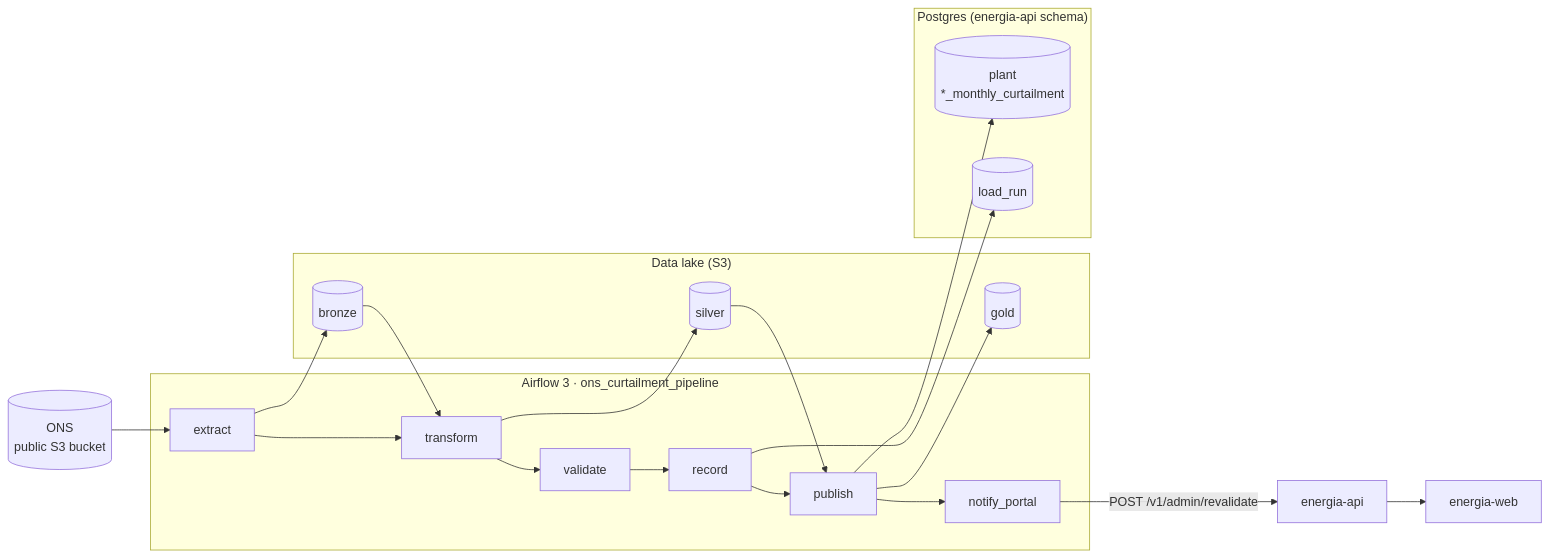
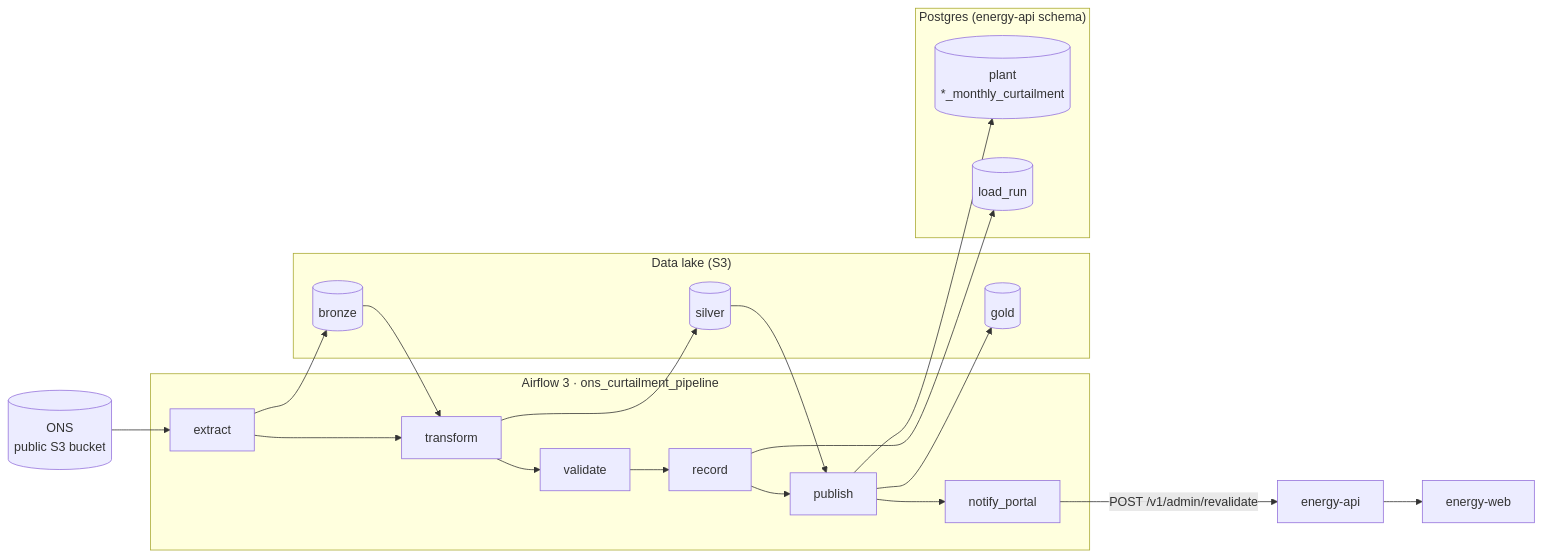
Before and after one commit to LeonardoMatos07/energia-data: the diagram in README.md, drawn with Mermaid. The commit also changed other lines of this file and 4 other files, not shown here.

First line of the commit message:
Rename repository references from energia-* to energy-*

````diff
--- a/README.md
+++ b/README.md
@@ -25,21 +25,21 @@
 ```mermaid
 flowchart LR
     ONS[("ONS<br/>public S3 bucket")]
     subgraph Airflow["Airflow 3 · ons_curtailment_pipeline"]
         E[extract] --> T[transform] --> V[validate] --> R[record]
         R --> P[publish] --> N[notify_portal]
     end
     subgraph Lake["Data lake (S3)"]
         B[(bronze)]
         S[(silver)]
         G[(gold)]
     end
-    subgraph PG["Postgres (energia-api schema)"]
+    subgraph PG["Postgres (energy-api schema)"]
         T1[(plant<br/>*_monthly_curtailment)]
         T2[(load_run)]
     end
     ONS --> E --> B --> T --> S --> P --> G
     P --> T1
     R --> T2
-    N -->|POST /v1/admin/revalidate| API[energia-api] --> WEB[energia-web]
+    N -->|POST /v1/admin/revalidate| API[energy-api] --> WEB[energy-web]
 ```
````
